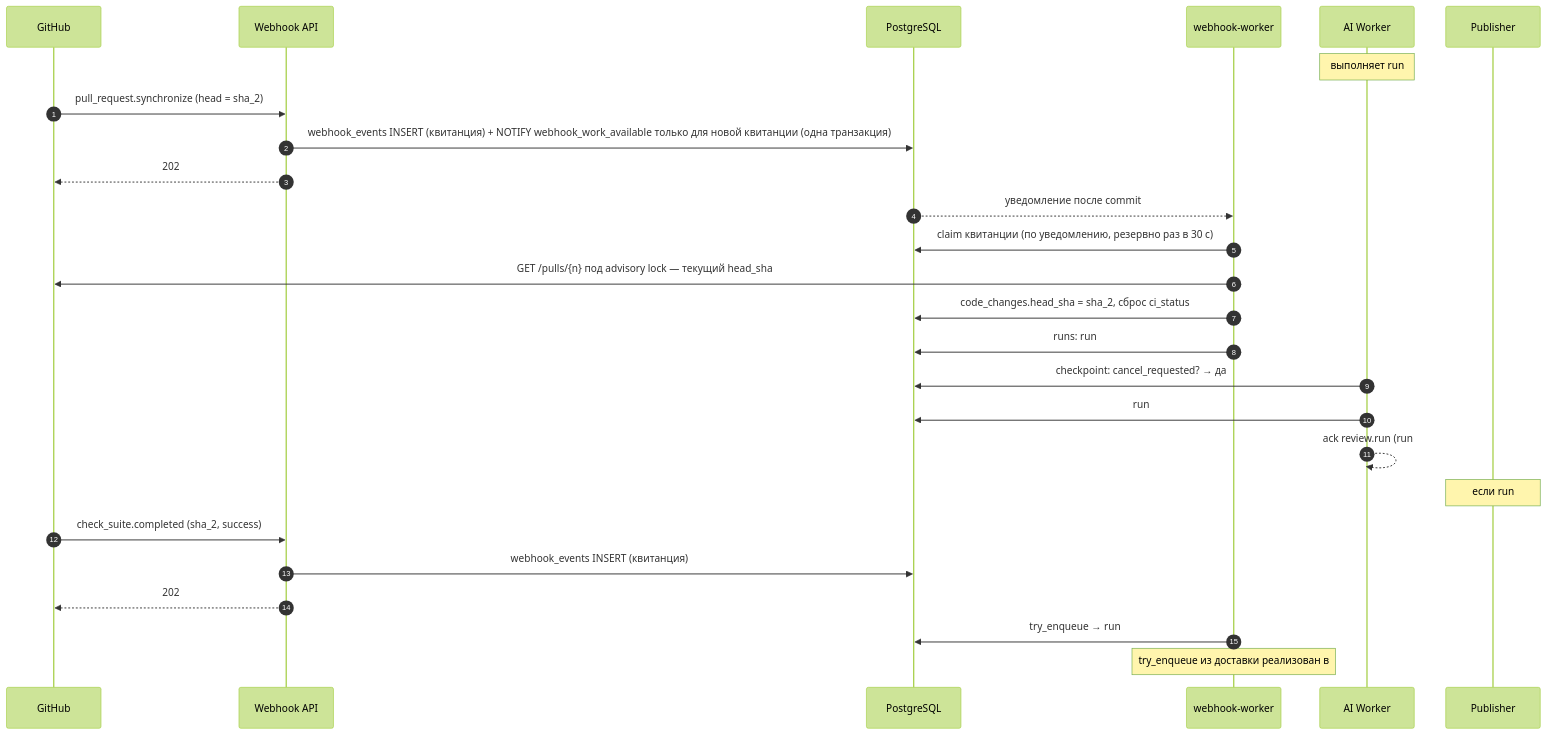
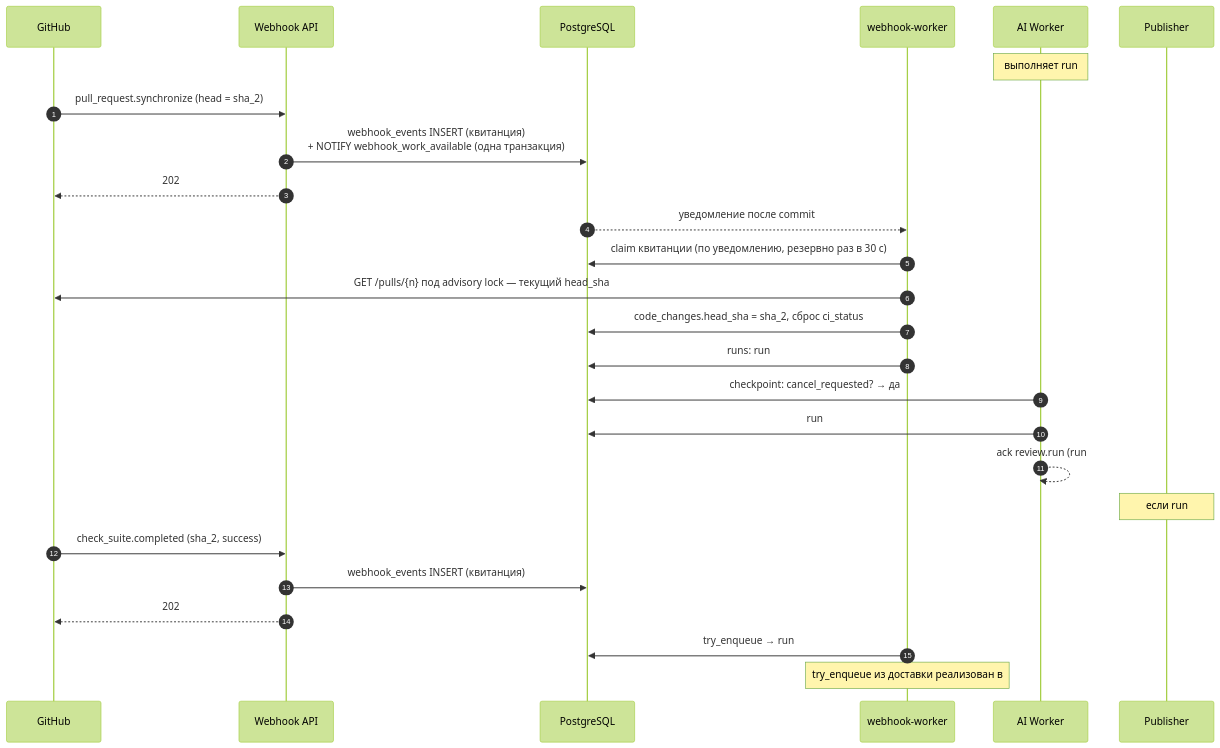
Before and after one commit to larchanka-training/dmc-268-api-t6: the sixth of 13 diagrams in docs/SYSTEM_DESIGN.md, drawn with Mermaid (forest theme). The commit also changed other lines of this file and 3 other files, not shown here.

First line of the commit message:
docs: address review of the webhook-worker NOTIFY docs (#166)

````diff
--- a/docs/SYSTEM_DESIGN.md
+++ b/docs/SYSTEM_DESIGN.md
@@ -389,29 +390,29 @@
 ```mermaid
 sequenceDiagram
   autonumber
   participant GH as GitHub
   participant WH as Webhook API
   participant PG as PostgreSQL
   participant WW as webhook-worker
   participant W as AI Worker
   participant P as Publisher
 
   Note over W: выполняет run#1 (sha_1)
   GH->>WH: pull_request.synchronize (head = sha_2)
-  WH->>PG: webhook_events INSERT (квитанция) + NOTIFY webhook_work_available только для новой квитанции (одна транзакция)
+  WH->>PG: webhook_events INSERT (квитанция)<br/>+ NOTIFY webhook_work_available (одна транзакция)
   WH-->>GH: 202
   PG-->>WW: уведомление после commit
   WW->>PG: claim квитанции (по уведомлению, резервно раз в 30 с)
   WW->>GH: GET /pulls/{n} под advisory lock — текущий head_sha
   WW->>PG: code_changes.head_sha = sha_2, сброс ci_status
   WW->>PG: runs: run#1.cancel_requested = true
   W->>PG: checkpoint: cancel_requested? → да
   W->>PG: run#1.state → cancelled
   W-->>W: ack review.run (run#1), без публикации
   Note over P: если run#1 уже в review.publish — Publisher сверяет sha_1 ≠ head_sha и не постит
   GH->>WH: check_suite.completed (sha_2, success)
   WH->>PG: webhook_events INSERT (квитанция)
   WH-->>GH: 202
   WW->>PG: try_enqueue → run#2 (sha_2)
   Note over WW: try_enqueue из доставки реализован в #52
 ```
````
